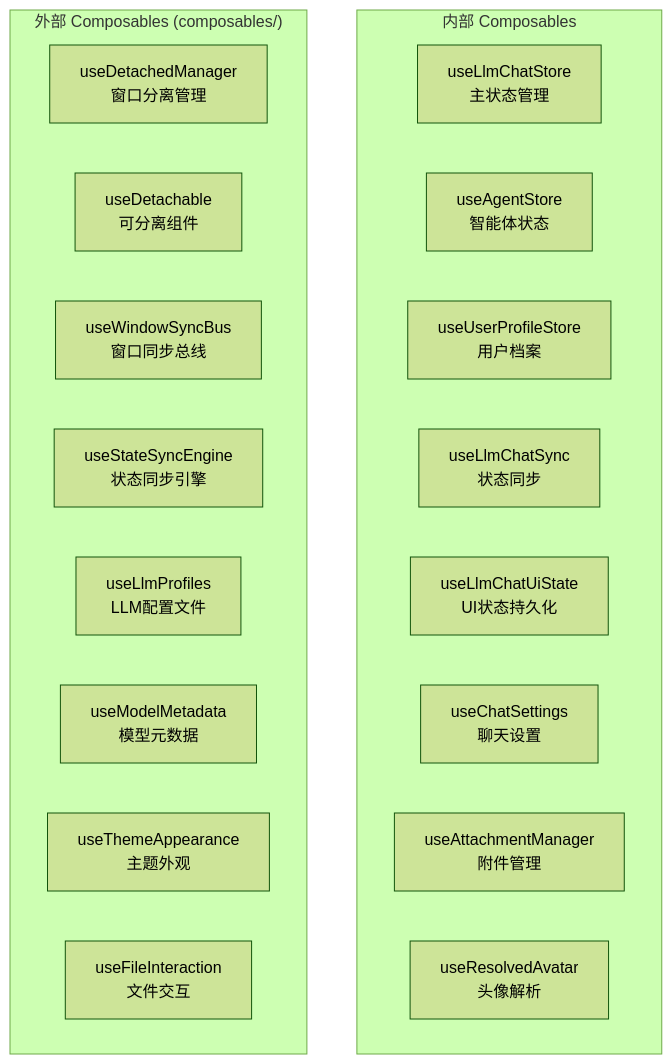
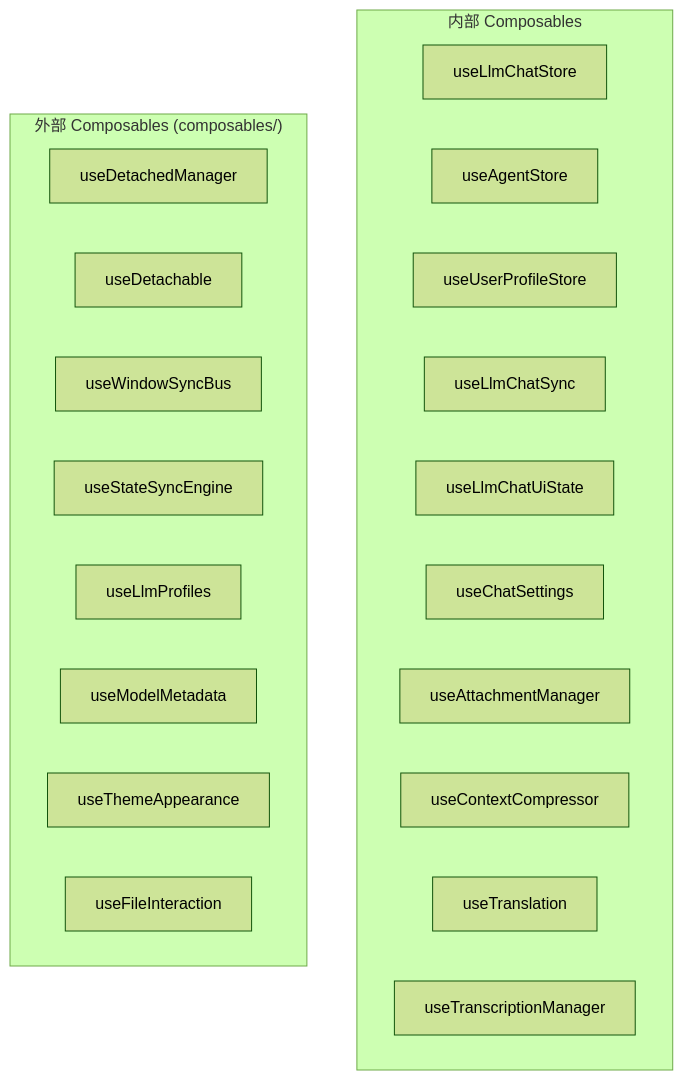
One commit to miaotouy/aio-hub changed diagram 13 of 13 in docs/llm-chat-ui-structure.md. Above: the diagram before and after it, drawn with Mermaid (forest theme). The commit also changed other lines of this file, not shown here.

First line of the commit message:
docs(llm-chat-ui-structure): 更新 LLM Chat UI 结构文档

````diff
--- a/docs/llm-chat-ui-structure.md
+++ b/docs/llm-chat-ui-structure.md
@@ -456,24 +503,26 @@
 ```mermaid
 flowchart TB
     subgraph Internal["内部 Composables"]
-        useLlmChatStore["useLlmChatStore<br/>主状态管理"]
-        useAgentStore["useAgentStore<br/>智能体状态"]
-        useUserProfileStore["useUserProfileStore<br/>用户档案"]
-        useLlmChatSync["useLlmChatSync<br/>状态同步"]
-        useLlmChatUiState["useLlmChatUiState<br/>UI状态持久化"]
-        useChatSettings["useChatSettings<br/>聊天设置"]
-        useAttachmentManager["useAttachmentManager<br/>附件管理"]
-        useResolvedAvatar["useResolvedAvatar<br/>头像解析"]
+        useLlmChatStore["useLlmChatStore"]
+        useAgentStore["useAgentStore"]
+        useUserProfileStore["useUserProfileStore"]
+        useLlmChatSync["useLlmChatSync"]
+        useLlmChatUiState["useLlmChatUiState"]
+        useChatSettings["useChatSettings"]
+        useAttachmentManager["useAttachmentManager"]
+        useContextCompressor["useContextCompressor"]
+        useTranslation["useTranslation"]
+        useTranscriptionManager["useTranscriptionManager"]
     end
-    
+
     subgraph External["外部 Composables (composables/)"]
-        useDetachedManager["useDetachedManager<br/>窗口分离管理"]
-        useDetachable["useDetachable<br/>可分离组件"]
-        useWindowSyncBus["useWindowSyncBus<br/>窗口同步总线"]
-        useStateSyncEngine["useStateSyncEngine<br/>状态同步引擎"]
-        useLlmProfiles["useLlmProfiles<br/>LLM配置文件"]
-        useModelMetadata["useModelMetadata<br/>模型元数据"]
-        useThemeAppearance["useThemeAppearance<br/>主题外观"]
-        useFileInteraction["useFileInteraction<br/>文件交互"]
+        useDetachedManager["useDetachedManager"]
+        useDetachable["useDetachable"]
+        useWindowSyncBus["useWindowSyncBus"]
+        useStateSyncEngine["useStateSyncEngine"]
+        useLlmProfiles["useLlmProfiles"]
+        useModelMetadata["useModelMetadata"]
+        useThemeAppearance["useThemeAppearance"]
+        useFileInteraction["useFileInteraction"]
     end
 ```
````
